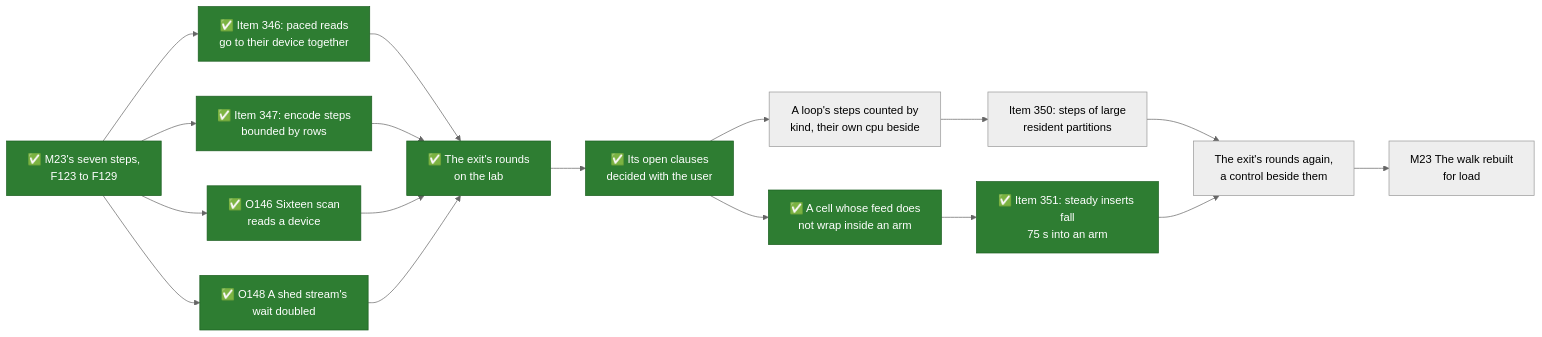
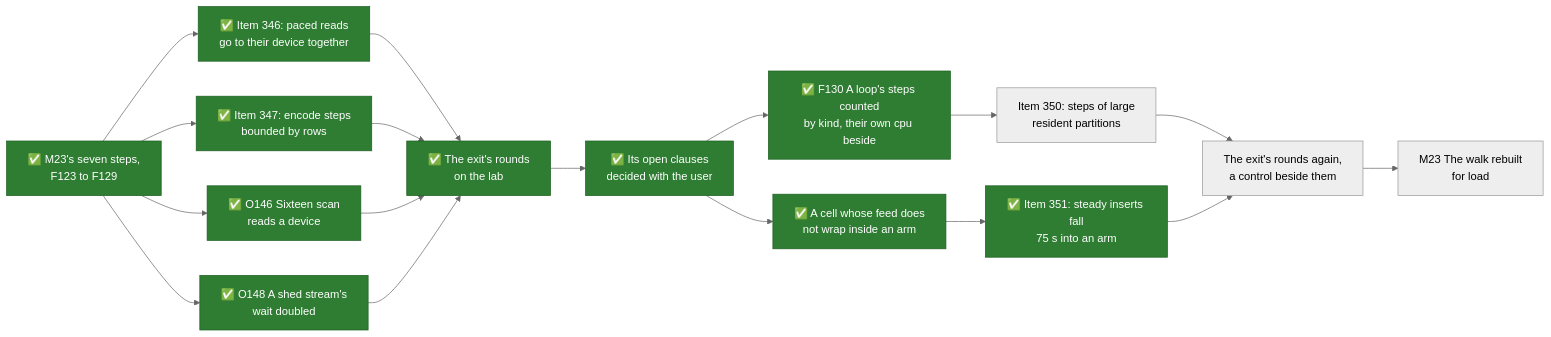
The third of 5 diagrams in docs/src/future-work/scans/whats-left-todo.md (mjcarson/shoal), drawn with Mermaid (neutral theme) before and after one commit. The commit also changed other lines of this file and 29 other files, not shown here.

````diff
--- a/docs/src/future-work/scans/whats-left-todo.md
+++ b/docs/src/future-work/scans/whats-left-todo.md
@@ -158,25 +158,25 @@
 ```mermaid
 flowchart LR
     classDef done fill:#2e7d32,stroke:#1b5e20,color:#ffffff
     Steps["✅ M23's seven steps,<br>F123 to F129"]:::done
     I346["✅ Item 346: paced reads<br>go to their device together"]:::done
     I347["✅ Item 347: encode steps<br>bounded by rows"]:::done
     O146["✅ O146 Sixteen scan<br>reads a device"]:::done
     O148["✅ O148 A shed stream's<br>wait doubled"]:::done
     Exit["✅ The exit's rounds<br>on the lab"]:::done
     Decided["✅ Its open clauses<br>decided with the user"]:::done
-    Count["A loop's steps counted by<br>kind, their own cpu beside"]
+    Count["✅ F130 A loop's steps counted<br>by kind, their own cpu beside"]:::done
     I350["Item 350: steps of large<br>resident partitions"]
     Cell["✅ A cell whose feed does<br>not wrap inside an arm"]:::done
     I351["✅ Item 351: steady inserts fall<br>75 s into an arm"]:::done
     Again["The exit's rounds again,<br>a control beside them"]
     M23["M23 The walk rebuilt<br>for load"]
     Steps --> I346 --> Exit
     Steps --> I347 --> Exit
     Steps --> O146 --> Exit
     Steps --> O148 --> Exit
     Exit --> Decided
     Decided --> Count --> I350 --> Again
     Decided --> Cell --> I351 --> Again
     Again --> M23
 ```
````
